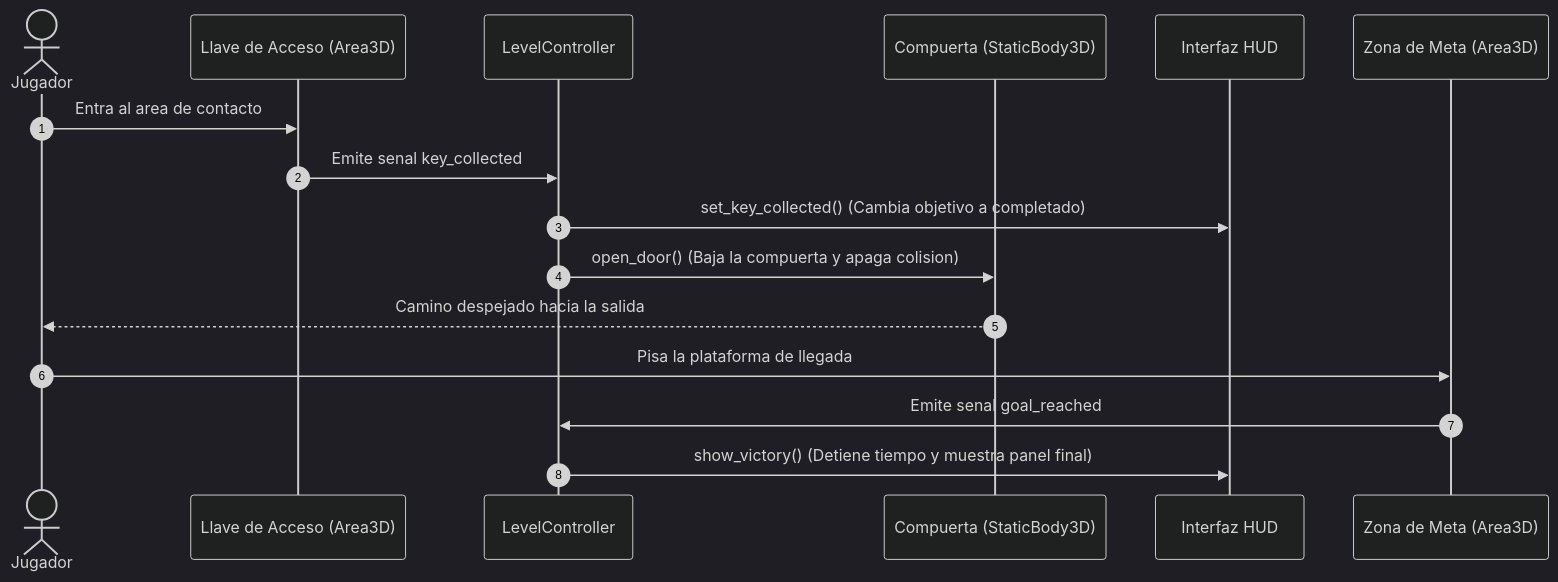
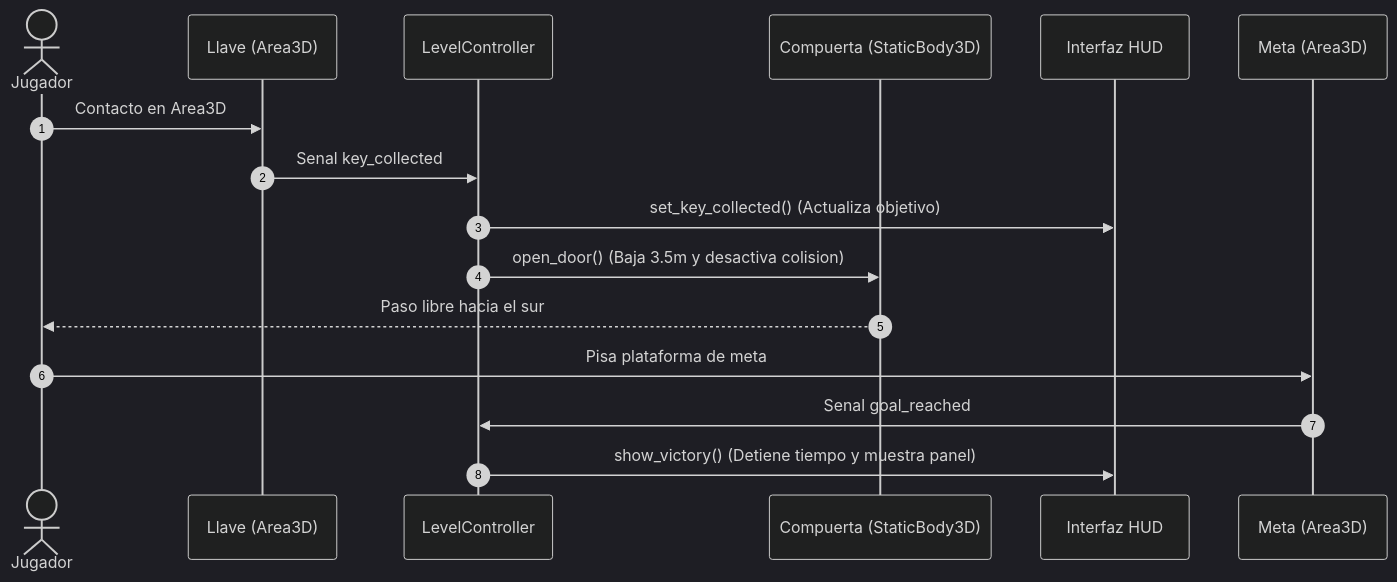
Before and after one commit to Xavii-rod03/Juego3D: the diagram in ProyectoEntrega1.md, drawn with Mermaid (dark theme). The commit also changed other lines of this file and 22 other files, not shown here.

````diff
--- a/ProyectoEntrega1.md
+++ b/ProyectoEntrega1.md
@@ -72,19 +58,19 @@
 ```mermaid
 sequenceDiagram
     autonumber
     actor Jugador
-    participant Llave as Llave de Acceso (Area3D)
+    participant Llave as Llave (Area3D)
     participant Nivel as LevelController
     participant Compuerta as Compuerta (StaticBody3D)
     participant HUD as Interfaz HUD
-    participant Meta as Zona de Meta (Area3D)
+    participant Meta as Meta (Area3D)
 
-    Jugador->>Llave: Entra al area de contacto
-    Llave->>Nivel: Emite senal key_collected
-    Nivel->>HUD: set_key_collected() (Cambia objetivo a completado)
-    Nivel->>Compuerta: open_door() (Baja la compuerta y apaga colision)
-    Compuerta-->>Jugador: Camino despejado hacia la salida
-    Jugador->>Meta: Pisa la plataforma de llegada
-    Meta->>Nivel: Emite senal goal_reached
-    Nivel->>HUD: show_victory() (Detiene tiempo y muestra panel final)
+    Jugador->>Llave: Contacto en Area3D
+    Llave->>Nivel: Senal key_collected
+    Nivel->>HUD: set_key_collected() (Actualiza objetivo)
+    Nivel->>Compuerta: open_door() (Baja 3.5m y desactiva colision)
+    Compuerta-->>Jugador: Paso libre hacia el sur
+    Jugador->>Meta: Pisa plataforma de meta
+    Meta->>Nivel: Senal goal_reached
+    Nivel->>HUD: show_victory() (Detiene tiempo y muestra panel)
 ```
````
